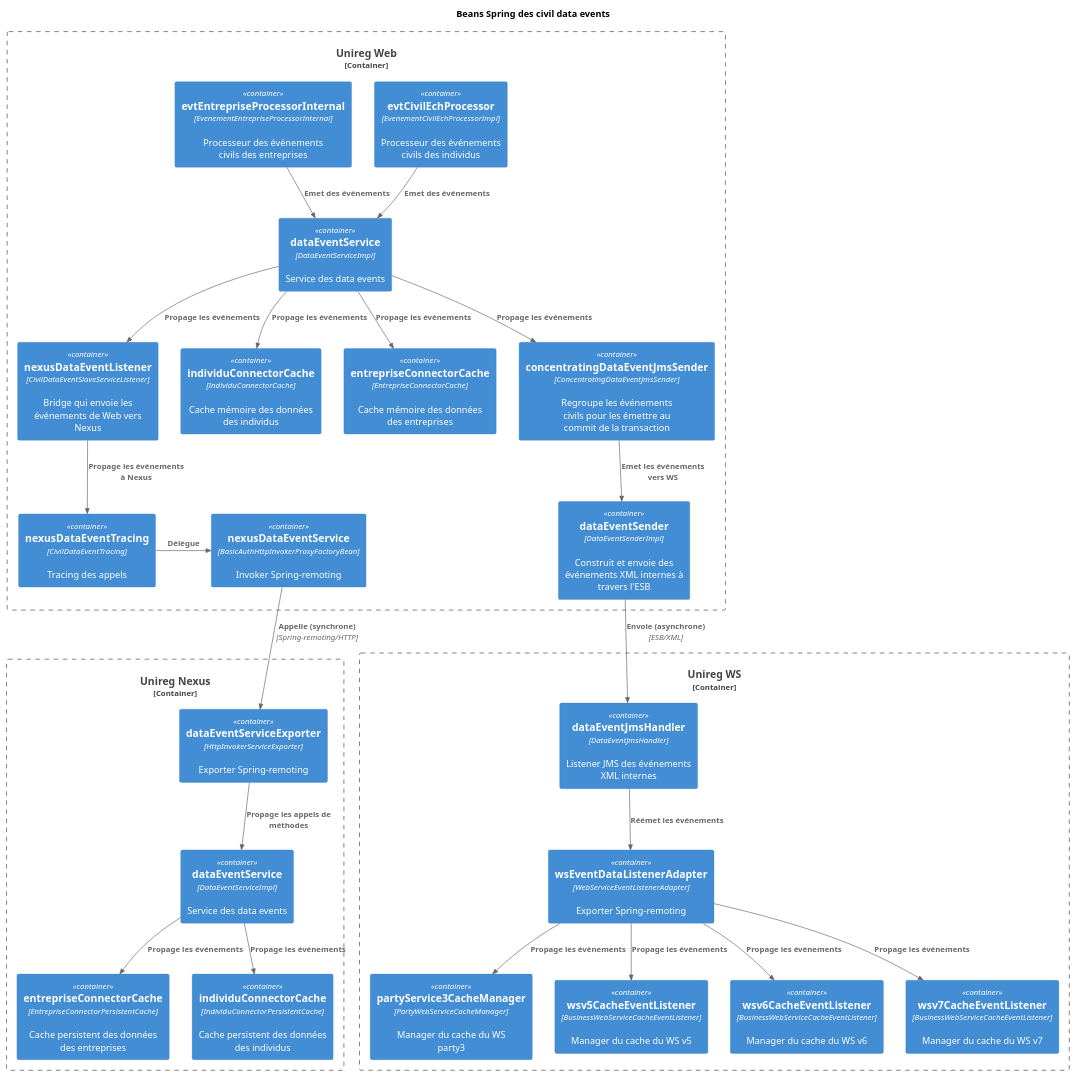
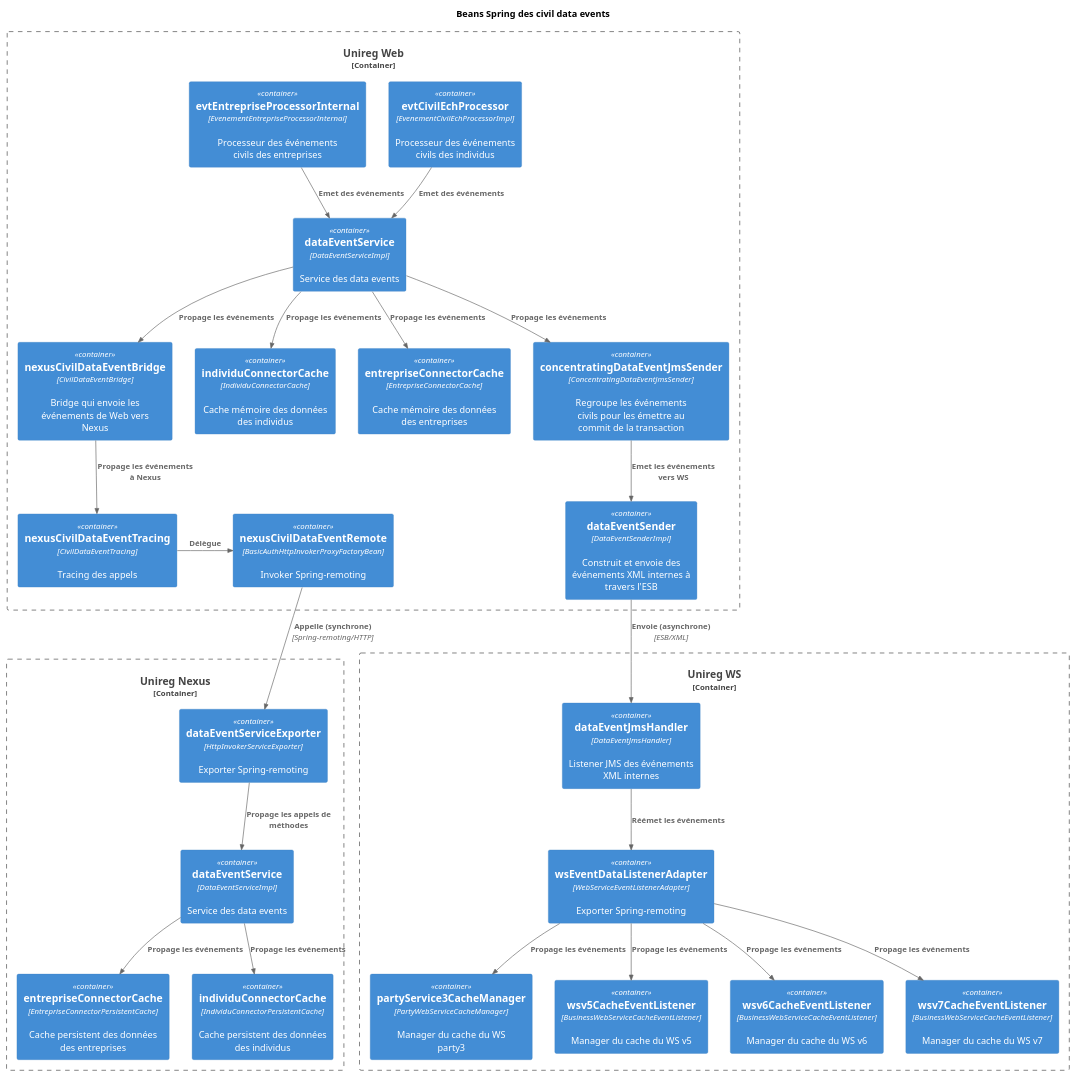
The diagram in base/doc/diagrams/03_unireg_component_diagram_civil_data_events.puml (dmama/etv-reguni), drawn with PlantUML before and after one commit. The commit also changed 2 other files, not shown here.

Commit message:
[code cleanup] Renommé la classe 'CivilDataEventSlaveServiceListener' en 'CivilDataEventBridge' parce qu'il s'agit bien d'un bridge pour les civil data events entre Web et Nexus.

```diff
--- a/base/doc/diagrams/03_unireg_component_diagram_civil_data_events.puml
+++ b/base/doc/diagrams/03_unireg_component_diagram_civil_data_events.puml
@@ -1,68 +1,68 @@
 @startuml 03_unireg_component_diagram_civil_data_events
 !include c4/C4_Container.puml
 
 title Beans Spring des civil data events
 
 Container_Boundary(uniregWeb, "Unireg Web") {
 
     Container(webEvtCivilEchProcessor, "evtCivilEchProcessor", "EvenementCivilEchProcessorImpl", "Processeur des événements civils des individus")
     Container(webEvtEntrepriseProcessor, "evtEntrepriseProcessorInternal", "EvenementEntrepriseProcessorInternal", "Processeur des événements civils des entreprises")
 
     Container(webDataEventService, "dataEventService", "DataEventServiceImpl", "Service des data events")
 
-	Container(webNexusDataEventListener, "nexusDataEventListener", "CivilDataEventSlaveServiceListener", "Bridge qui envoie les événements de Web vers Nexus")
+	Container(webNexusCivilDataEventBridge, "nexusCivilDataEventBridge", "CivilDataEventBridge", "Bridge qui envoie les événements de Web vers Nexus")
     Container(webIndividuConnectorCache, "individuConnectorCache", "IndividuConnectorCache", "Cache mémoire des données des individus")
     Container(webEntrepriseConnectorCache, "entrepriseConnectorCache", "EntrepriseConnectorCache", "Cache mémoire des données des entreprises")
-	Container(webNexusDataEventTracing, "nexusDataEventTracing", "CivilDataEventTracing", "Tracing des appels")
-	Container(webNexusDataEventService, "nexusDataEventService", "BasicAuthHttpInvokerProxyFactoryBean", "Invoker Spring-remoting")
+	Container(webNexusCivilDataEventTracing, "nexusCivilDataEventTracing", "CivilDataEventTracing", "Tracing des appels")
+	Container(webNexusCivilDataEventService, "nexusCivilDataEventRemote", "BasicAuthHttpInvokerProxyFactoryBean", "Invoker Spring-remoting")
     Container(webConcentratingDataEventJmsSender, "concentratingDataEventJmsSender", "ConcentratingDataEventJmsSender", "Regroupe les événements civils pour les émettre au commit de la transaction")
     Container(webDataEventSender, "dataEventSender", "DataEventSenderImpl", "Construit et envoie des événements XML internes à travers l'ESB")
 
 	Rel(webEvtCivilEchProcessor, webDataEventService, "Emet des événements")
 	Rel(webEvtEntrepriseProcessor, webDataEventService, "Emet des événements")
 
 	Rel(webDataEventService, webEntrepriseConnectorCache, "Propage les événements")
 	Rel(webDataEventService, webIndividuConnectorCache, "Propage les événements")
-	Rel(webDataEventService, webNexusDataEventListener, "Propage les événements")
+	Rel(webDataEventService, webNexusCivilDataEventBridge, "Propage les événements")
 	Rel(webDataEventService, webConcentratingDataEventJmsSender, "Propage les événements")
 
-	Rel(webNexusDataEventListener, webNexusDataEventTracing, "Propage les événements à Nexus")
-	Rel_R(webNexusDataEventTracing, webNexusDataEventService, "Délègue")
+	Rel(webNexusCivilDataEventBridge, webNexusCivilDataEventTracing, "Propage les événements à Nexus")
+	Rel_R(webNexusCivilDataEventTracing, webNexusCivilDataEventService, "Délègue")
 
 	Rel(webConcentratingDataEventJmsSender, webDataEventSender, "Emet les événements vers WS")
 }
 
 Container_Boundary(uniregNexus, "Unireg Nexus") {
 
-    Container(nexusDataEventServiceExporter, "dataEventServiceExporter", "HttpInvokerServiceExporter", "Exporter Spring-remoting")
+    Container(nexusCivilDataEventRemoteExporter, "dataEventServiceExporter", "HttpInvokerServiceExporter", "Exporter Spring-remoting")
 	Container(wsDataEventService, "dataEventService", "DataEventServiceImpl", "Service des data events")
     Container(wsEntrepriseConnectorCache, "entrepriseConnectorCache", "EntrepriseConnectorPersistentCache", "Cache persistent des données des entreprises")
     Container(wsIndividuConnectorCache, "individuConnectorCache", "IndividuConnectorPersistentCache", "Cache persistent des données des individus")
 
 
-	Rel(nexusDataEventServiceExporter, wsDataEventService, "Propage les appels de méthodes")
+	Rel(nexusCivilDataEventRemoteExporter, wsDataEventService, "Propage les appels de méthodes")
 	Rel(wsDataEventService, wsEntrepriseConnectorCache, "Propage les événements")
 	Rel(wsDataEventService, wsIndividuConnectorCache, "Propage les événements")
 }
 
 Container_Boundary(uniregWS, "Unireg WS") {
 
     Container(wsDataEventJmsHandler, "dataEventJmsHandler", "DataEventJmsHandler", "Listener JMS des événements XML internes")
     Container(wsEventDataListenerAdapter, "wsEventDataListenerAdapter", "WebServiceEventListenerAdapter", "Exporter Spring-remoting")
     
     Container(wsPartyService3CacheManager, "partyService3CacheManager", "PartyWebServiceCacheManager", "Manager du cache du WS party3")
     Container(wsv5CacheEventListener, "wsv5CacheEventListener", "BusinessWebServiceCacheEventListener", "Manager du cache du WS v5")
     Container(wsv6CacheEventListener, "wsv6CacheEventListener", "BusinessWebServiceCacheEventListener", "Manager du cache du WS v6")
     Container(wsv7CacheEventListener, "wsv7CacheEventListener", "BusinessWebServiceCacheEventListener", "Manager du cache du WS v7")
 
 	Rel(wsDataEventJmsHandler, wsEventDataListenerAdapter, "Réémet les événements")
 	Rel(wsEventDataListenerAdapter, wsPartyService3CacheManager, "Propage les événements")
 	Rel(wsEventDataListenerAdapter, wsv5CacheEventListener, "Propage les événements")
 	Rel(wsEventDataListenerAdapter, wsv6CacheEventListener, "Propage les événements")
 	Rel(wsEventDataListenerAdapter, wsv7CacheEventListener, "Propage les événements")
 }
 
-Rel_D(webNexusDataEventService, nexusDataEventServiceExporter, "Appelle (synchrone)", "Spring-remoting/HTTP")
+Rel_D(webNexusCivilDataEventService, nexusCivilDataEventRemoteExporter, "Appelle (synchrone)", "Spring-remoting/HTTP")
 Rel_D(webDataEventSender, wsDataEventJmsHandler, "Envoie (asynchrone)", "ESB/XML")
 
 @enduml
```
